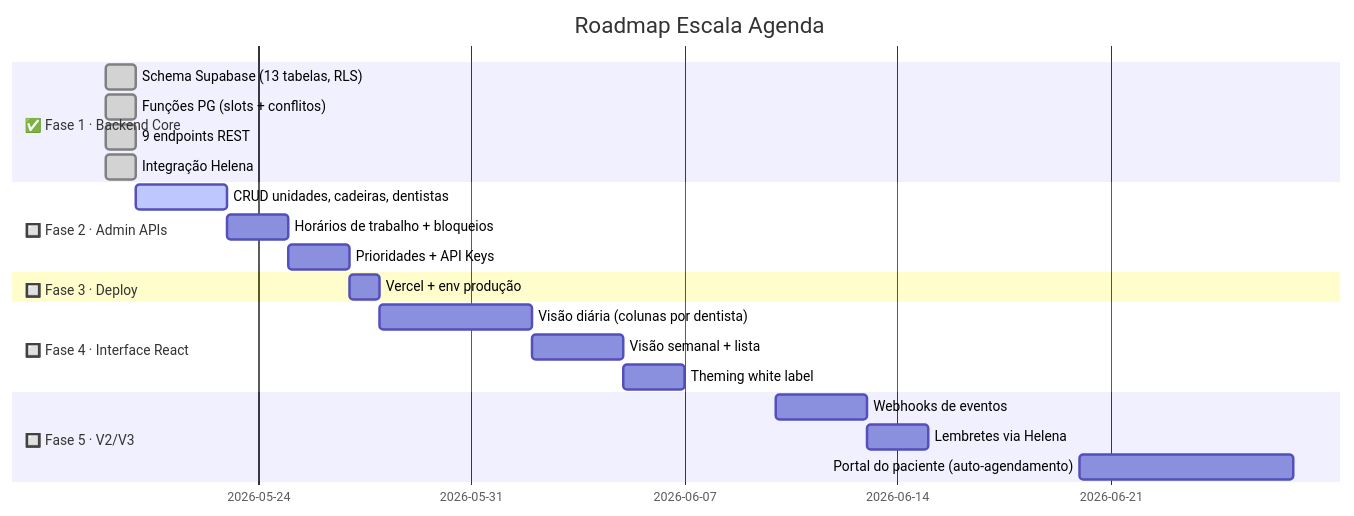
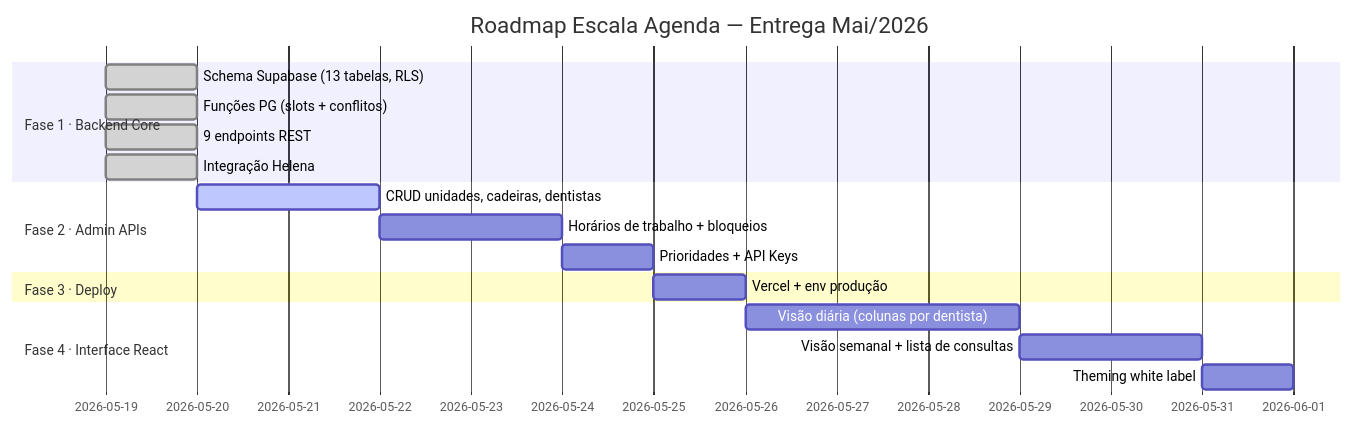
The seventh of 7 diagrams in README.md (contactIA/Contact-Calendar), drawn with Mermaid before and after one commit. The commit also changed other lines of this file, not shown here.

Commit message:
docs: reduce emojis, compress roadmap to end of May 2026

````diff
--- a/README.md
+++ b/README.md
@@ -356,28 +358,23 @@
 ```mermaid
 gantt
-    title Roadmap Escala Agenda
+    title Roadmap Escala Agenda — Entrega Mai/2026
     dateFormat  YYYY-MM-DD
-    section ✅ Fase 1 · Backend Core
+    section Fase 1 · Backend Core
     Schema Supabase (13 tabelas, RLS)     :done, 2026-05-19, 1d
     Funções PG (slots + conflitos)        :done, 2026-05-19, 1d
     9 endpoints REST                      :done, 2026-05-19, 1d
     Integração Helena                     :done, 2026-05-19, 1d
 
-    section 🔲 Fase 2 · Admin APIs
-    CRUD unidades, cadeiras, dentistas    :active, 2026-05-20, 3d
-    Horários de trabalho + bloqueios      :2026-05-23, 2d
-    Prioridades + API Keys                :2026-05-25, 2d
+    section Fase 2 · Admin APIs
+    CRUD unidades, cadeiras, dentistas    :active, 2026-05-20, 2d
+    Horários de trabalho + bloqueios      :2026-05-22, 2d
+    Prioridades + API Keys                :2026-05-24, 1d
 
-    section 🔲 Fase 3 · Deploy
-    Vercel + env produção                 :2026-05-27, 1d
+    section Fase 3 · Deploy
+    Vercel + env produção                 :2026-05-25, 1d
 
-    section 🔲 Fase 4 · Interface React
-    Visão diária (colunas por dentista)   :2026-05-28, 5d
-    Visão semanal + lista                 :2026-06-02, 3d
-    Theming white label                   :2026-06-05, 2d
-
-    section 🔲 Fase 5 · V2/V3
-    Webhooks de eventos                   :2026-06-10, 3d
-    Lembretes via Helena                  :2026-06-13, 2d
-    Portal do paciente (auto-agendamento) :2026-06-20, 7d
+    section Fase 4 · Interface React
+    Visão diária (colunas por dentista)   :2026-05-26, 3d
+    Visão semanal + lista de consultas    :2026-05-29, 2d
+    Theming white label                   :2026-05-31, 1d
 ```
````
